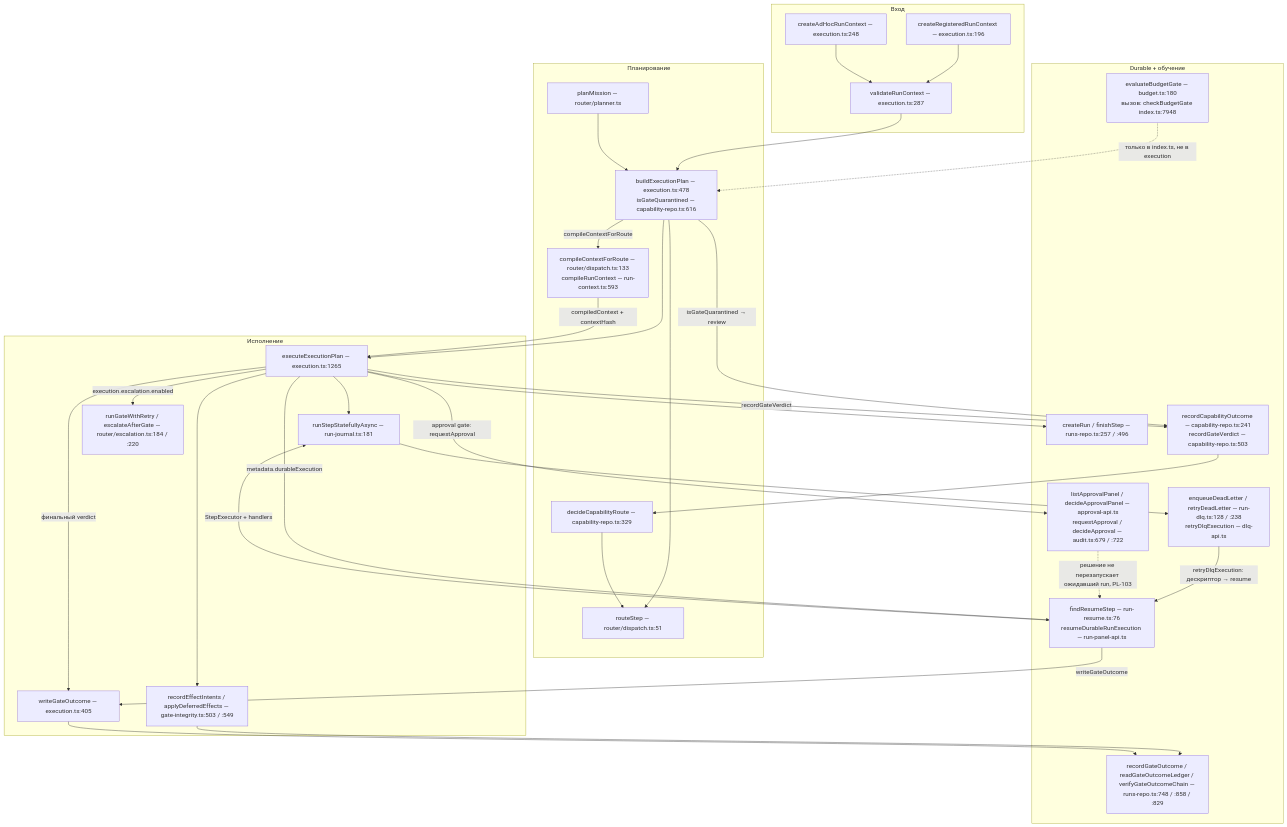
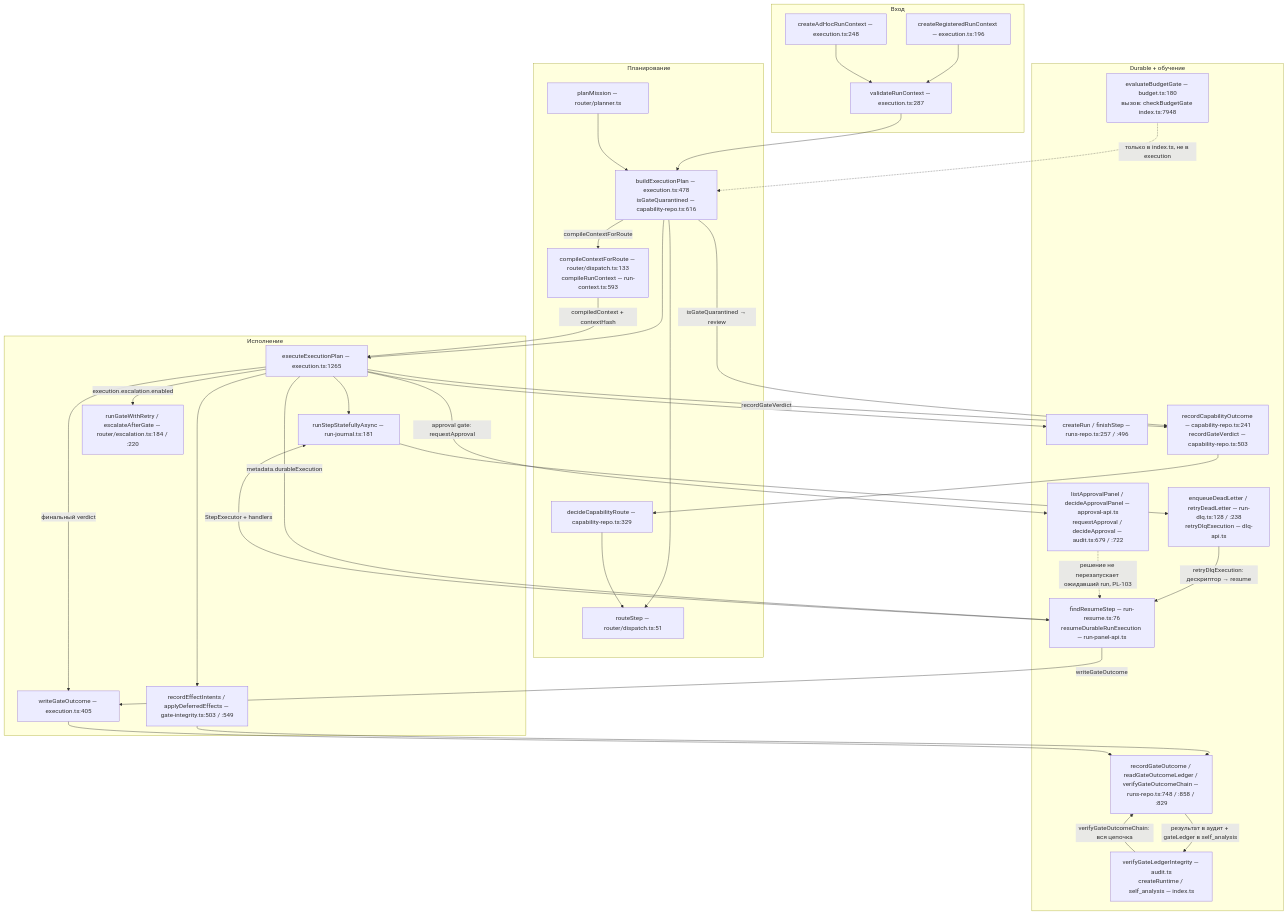
Before and after one commit to DeadSno/agent-steward: the third of 4 diagrams in docs/ARCHITECTURE-DIAGRAMS.md, drawn with Mermaid. The commit also changed other lines of this file and 6 other files, not shown here.

Commit message:
fix(audit): verify gate ledger chain automatically [PL-98]

````diff
--- a/docs/ARCHITECTURE-DIAGRAMS.md
+++ b/docs/ARCHITECTURE-DIAGRAMS.md
@@ -230,62 +230,65 @@
 ```mermaid
 flowchart TB
     subgraph entry["Вход"]
         CR["createRegisteredRunContext — execution.ts:196"]
         CAH["createAdHocRunContext — execution.ts:248"]
         VRC["validateRunContext — execution.ts:287"]
     end
 
     subgraph plan["Планирование"]
         PLAN["planMission — router/planner.ts"]
         BP["buildExecutionPlan — execution.ts:478<br/>isGateQuarantined — capability-repo.ts:616"]
         ROUTE["routeStep — router/dispatch.ts:51"]
         DECIDE["decideCapabilityRoute — capability-repo.ts:329"]
         COMPILE["compileContextForRoute — router/dispatch.ts:133<br/>compileRunContext — run-context.ts:593"]
     end
 
     subgraph run["Исполнение"]
         EXEC["executeExecutionPlan — execution.ts:1265"]
         JOUR["runStepStatefullyAsync — run-journal.ts:181"]
         WG["writeGateOutcome — execution.ts:405"]
         GATE["runGateWithRetry / escalateAfterGate — router/escalation.ts:184 / :220"]
         EFFECT["recordEffectIntents / applyDeferredEffects — gate-integrity.ts:503 / :549"]
     end
 
     subgraph persist["Durable + обучение"]
         RUNS["createRun / finishStep — runs-repo.ts:257 / :496"]
         LEDGER["recordGateOutcome / readGateOutcomeLedger / verifyGateOutcomeChain — runs-repo.ts:748 / :858 / :829"]
         CAP["recordCapabilityOutcome — capability-repo.ts:241<br/>recordGateVerdict — capability-repo.ts:503"]
         RESUME["findResumeStep — run-resume.ts:76<br/>resumeDurableRunExecution — run-panel-api.ts"]
         DLQ["enqueueDeadLetter / retryDeadLetter — run-dlq.ts:128 / :238<br/>retryDlqExecution — dlq-api.ts"]
         APPR["listApprovalPanel / decideApprovalPanel — approval-api.ts<br/>requestApproval / decideApproval — audit.ts:679 / :722"]
+        AUD["verifyGateLedgerIntegrity — audit.ts<br/>createRuntime / self_analysis — index.ts"]
         BUDGET["evaluateBudgetGate — budget.ts:180<br/>вызов: checkBudgetGate index.ts:7948"]
     end
 
     CR --> VRC
     CAH --> VRC
     VRC --> BP
     PLAN --> BP
     BP --> ROUTE
     DECIDE --> ROUTE
     BP --> EXEC
     EXEC --> RUNS
     EXEC --> JOUR
     EXEC --> EFFECT
     EFFECT --> LEDGER
     WG --> LEDGER
     CAP --> DECIDE
     JOUR --> DLQ
     DLQ -->|retryDlqExecution: дескриптор → resume| RESUME
     BUDGET -.->|только в index.ts, не в execution| BP
     BP -->|compileContextForRoute| COMPILE
     COMPILE -->|compiledContext + contextHash| EXEC
     BP -->|isGateQuarantined → review| CAP
     EXEC -->|execution.escalation.enabled| GATE
     EXEC -->|recordGateVerdict| CAP
     EXEC -->|финальный verdict| WG
     EXEC -->|metadata.durableExecution| RESUME
     RESUME -->|StepExecutor + handlers| JOUR
     RESUME -->|writeGateOutcome| WG
     EXEC -->|approval gate: requestApproval| APPR
     APPR -.->|решение не перезапускает ожидавший run, PL-103| RESUME
+    AUD -->|verifyGateOutcomeChain: вся цепочка| LEDGER
+    LEDGER -->|результат в аудит + gateLedger в self_analysis| AUD
 ```
````
